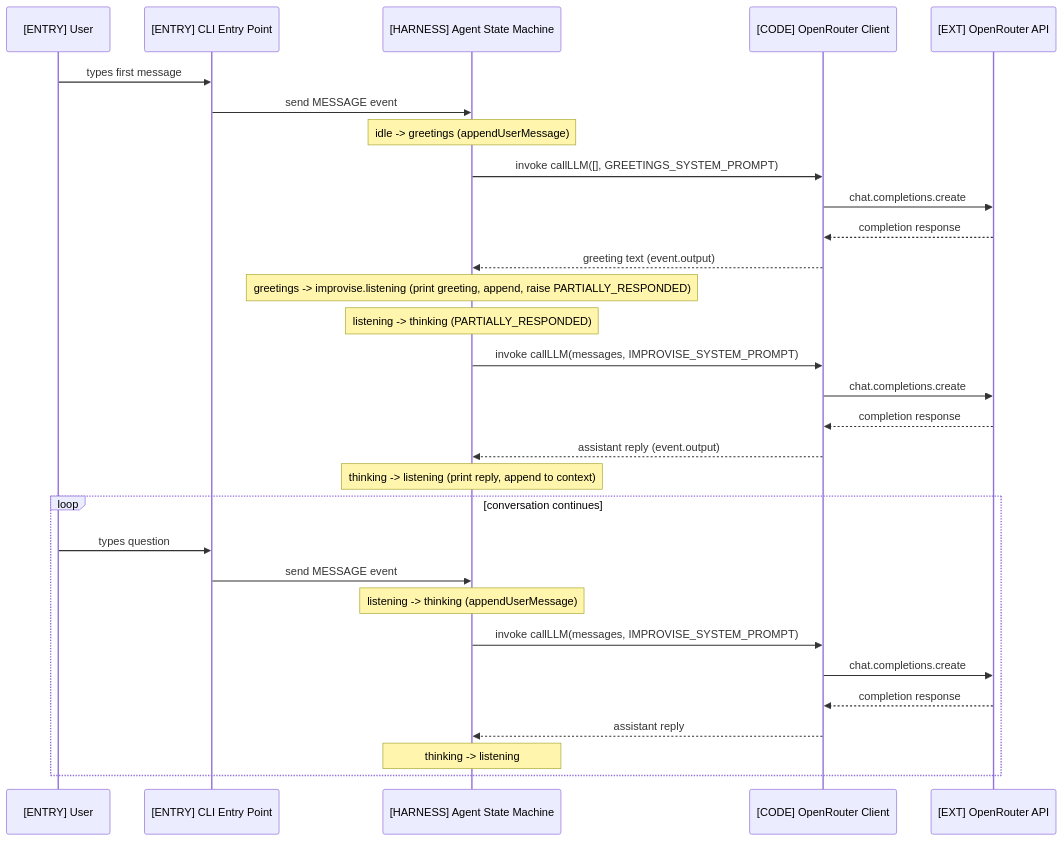
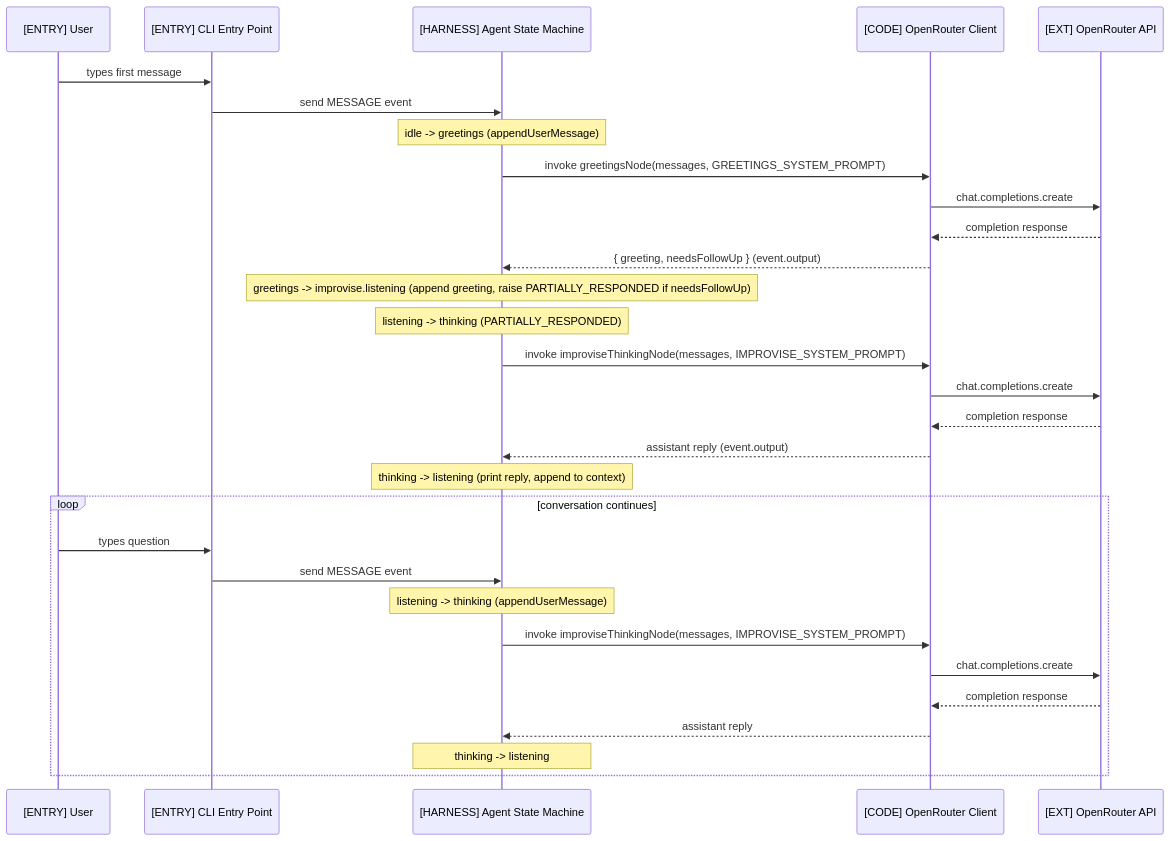
Before and after one commit to EduardoRenani/ai-agent-xstate: the diagram in docs/architecture/c4/flows/user-chat.mmd, drawn with Mermaid. The commit also changed 4 other files, not shown here.

First line of the commit message:
docs: update diagrams and specs for actor naming convention and conditional PARTIALLY_RESPONDED

```diff
--- a/docs/architecture/c4/flows/user-chat.mmd
+++ b/docs/architecture/c4/flows/user-chat.mmd
@@ -1,36 +1,36 @@
 %% Spec: c4-doc.md
 %% Modo: incremental
 %% Atualizado: 2026-05-14
 %% Fonte: src/index.ts, src/machine.ts, src/openrouter.ts
 sequenceDiagram
     participant user as [ENTRY] User
     participant cli as [ENTRY] CLI Entry Point
     participant machine as [HARNESS] Agent State Machine
     participant client as [CODE] OpenRouter Client
     participant api as [EXT] OpenRouter API
 
     user->>cli: types first message
     cli->>machine: send MESSAGE event
     Note over machine: idle -> greetings (appendUserMessage)
-    machine->>client: invoke callLLM([], GREETINGS_SYSTEM_PROMPT)
+    machine->>client: invoke greetingsNode(messages, GREETINGS_SYSTEM_PROMPT)
     client->>api: chat.completions.create
     api-->>client: completion response
-    client-->>machine: greeting text (event.output)
-    Note over machine: greetings -> improvise.listening (print greeting, append, raise PARTIALLY_RESPONDED)
+    client-->>machine: { greeting, needsFollowUp } (event.output)
+    Note over machine: greetings -> improvise.listening (append greeting, raise PARTIALLY_RESPONDED if needsFollowUp)
     Note over machine: listening -> thinking (PARTIALLY_RESPONDED)
-    machine->>client: invoke callLLM(messages, IMPROVISE_SYSTEM_PROMPT)
+    machine->>client: invoke improviseThinkingNode(messages, IMPROVISE_SYSTEM_PROMPT)
     client->>api: chat.completions.create
     api-->>client: completion response
     client-->>machine: assistant reply (event.output)
     Note over machine: thinking -> listening (print reply, append to context)
 
     loop conversation continues
         user->>cli: types question
         cli->>machine: send MESSAGE event
         Note over machine: listening -> thinking (appendUserMessage)
-        machine->>client: invoke callLLM(messages, IMPROVISE_SYSTEM_PROMPT)
+        machine->>client: invoke improviseThinkingNode(messages, IMPROVISE_SYSTEM_PROMPT)
         client->>api: chat.completions.create
         api-->>client: completion response
         client-->>machine: assistant reply
         Note over machine: thinking -> listening
     end
```
